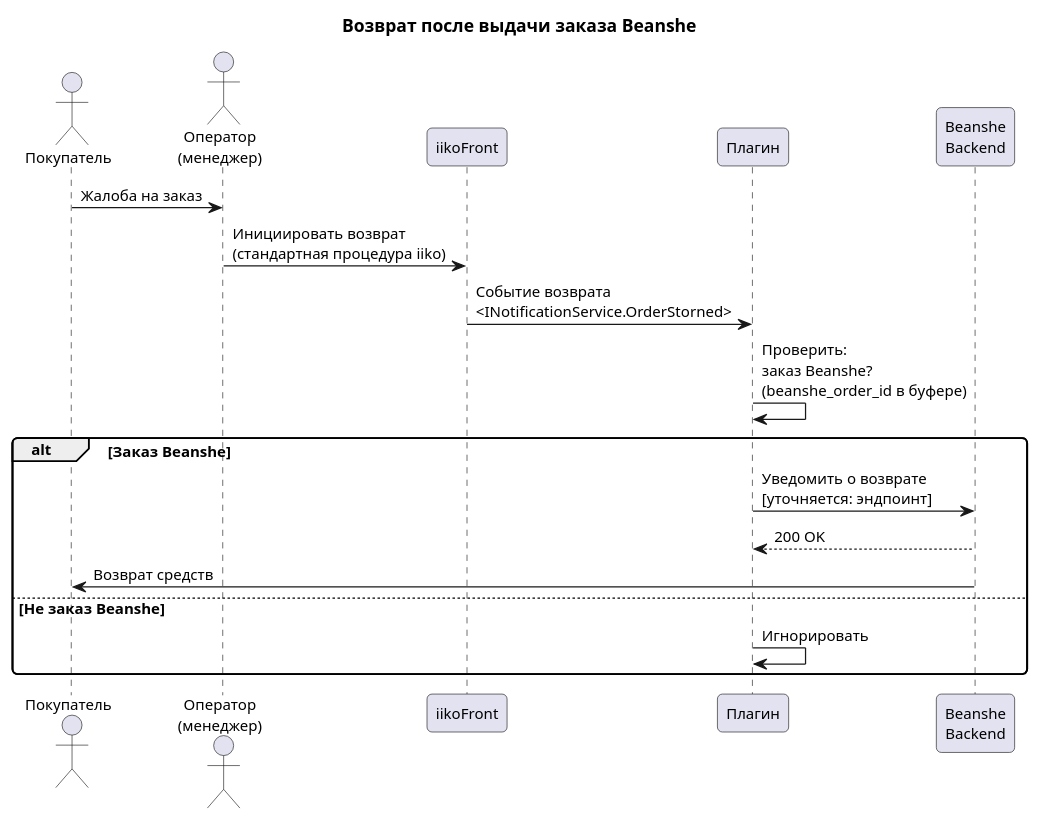
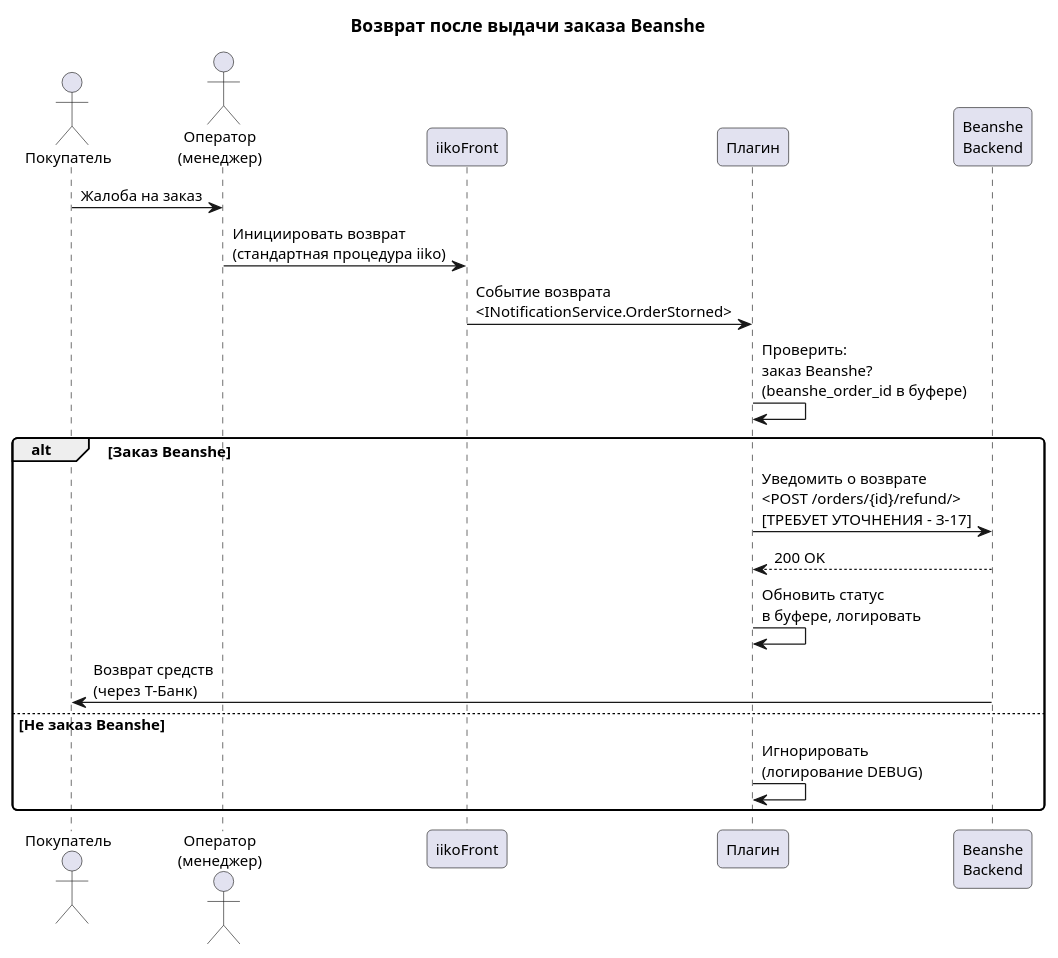
Before and after one commit to KirillTyurin21/prototypes: the fifth of 10 diagrams in materials/Бинши/Beanshe-спецификация.md, drawn with PlantUML. The commit also changed other lines of this file and 18 other files, not shown here.

````diff
--- a/materials/Бинши/Beanshe-спецификация.md
+++ b/materials/Бинши/Beanshe-спецификация.md
@@ -540,30 +965,31 @@
 ```plantuml
 @startuml возврат-после-выдачи
 skinparam backgroundColor white
 skinparam defaultFontName "Segoe UI"
 skinparam defaultFontSize 12
 skinparam shadowing false
 skinparam roundcorner 8
 
 title "Возврат после выдачи заказа Beanshe"
 
 actor "Покупатель" as customer
 actor "Оператор\n(менеджер)" as operator
 participant "iikoFront" as front
 participant "Плагин" as plugin
 participant "Beanshe\nBackend" as backend
 
 customer -> operator : Жалоба на заказ
 operator -> front : Инициировать возврат\n(стандартная процедура iiko)
 front -> plugin : Событие возврата\n<INotificationService.OrderStorned>
 plugin -> plugin : Проверить:\nзаказ Beanshe?\n(beanshe_order_id в буфере)
 
 alt Заказ Beanshe
-  plugin -> backend : Уведомить о возврате\n[уточняется: эндпоинт]
+  plugin -> backend : Уведомить о возврате\n<POST /orders/{id}/refund/>\n[ТРЕБУЕТ УТОЧНЕНИЯ - З-17]
   backend --> plugin : 200 OK
-  backend -> customer : Возврат средств
+  plugin -> plugin : Обновить статус\nв буфере, логировать
+  backend -> customer : Возврат средств\n(через Т-Банк)
 else Не заказ Beanshe
-  plugin -> plugin : Игнорировать
+  plugin -> plugin : Игнорировать\n(логирование DEBUG)
 end
 @enduml
 ```
````
